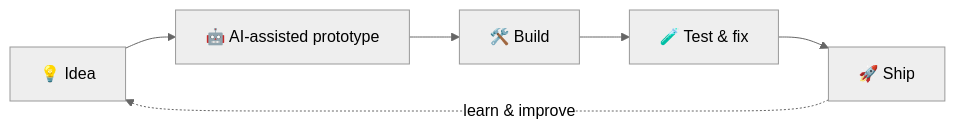
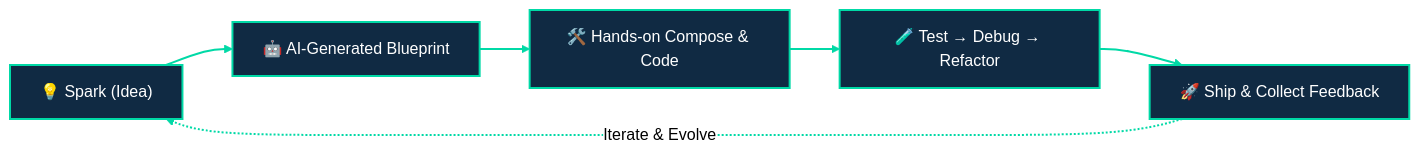
Before and after one commit to Tombytee/Tombytee: the diagram in README.md, drawn with Mermaid (neutral theme). The commit also changed other lines of this file, not shown here.

````diff
--- a/README.md
+++ b/README.md
@@ -138,8 +128,11 @@
 ```mermaid
 flowchart LR
-    A["💡 Idea"] --> B["🤖 AI-assisted prototype"]
-    B --> C["🛠️ Build"]
-    C --> D["🧪 Test & fix"]
-    D --> E["🚀 Ship"]
-    E -. "learn & improve" .-> A
+    A["💡 Spark (Idea)"] --> B["🤖 AI‑Generated Blueprint"]
+    B --> C["🛠️ Hands‑on Compose & Code"]
+    C --> D["🧪 Test → Debug → Refactor"]
+    D --> E["🚀 Ship & Collect Feedback"]
+    E -. "Iterate & Evolve" .-> A
+
+    classDef default fill:#102A43,stroke:#00D9A6,stroke-width:2px,color:#FFFFFF;
+    linkStyle default stroke:#00D9A6,stroke-width:2px;
 ```
````
